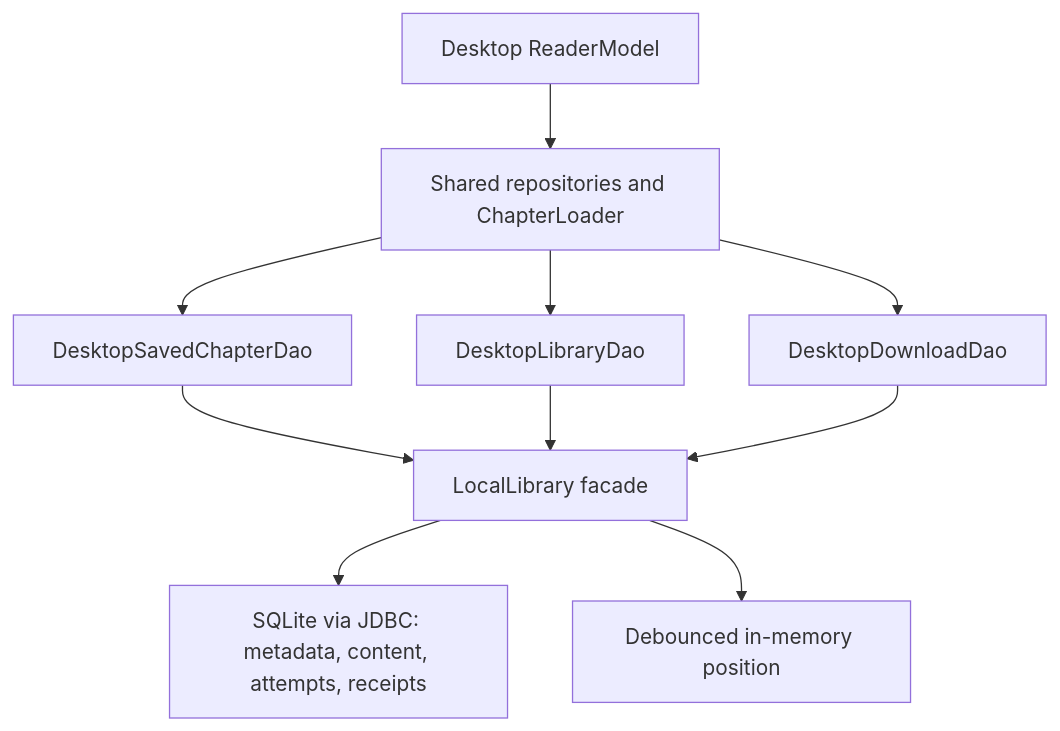
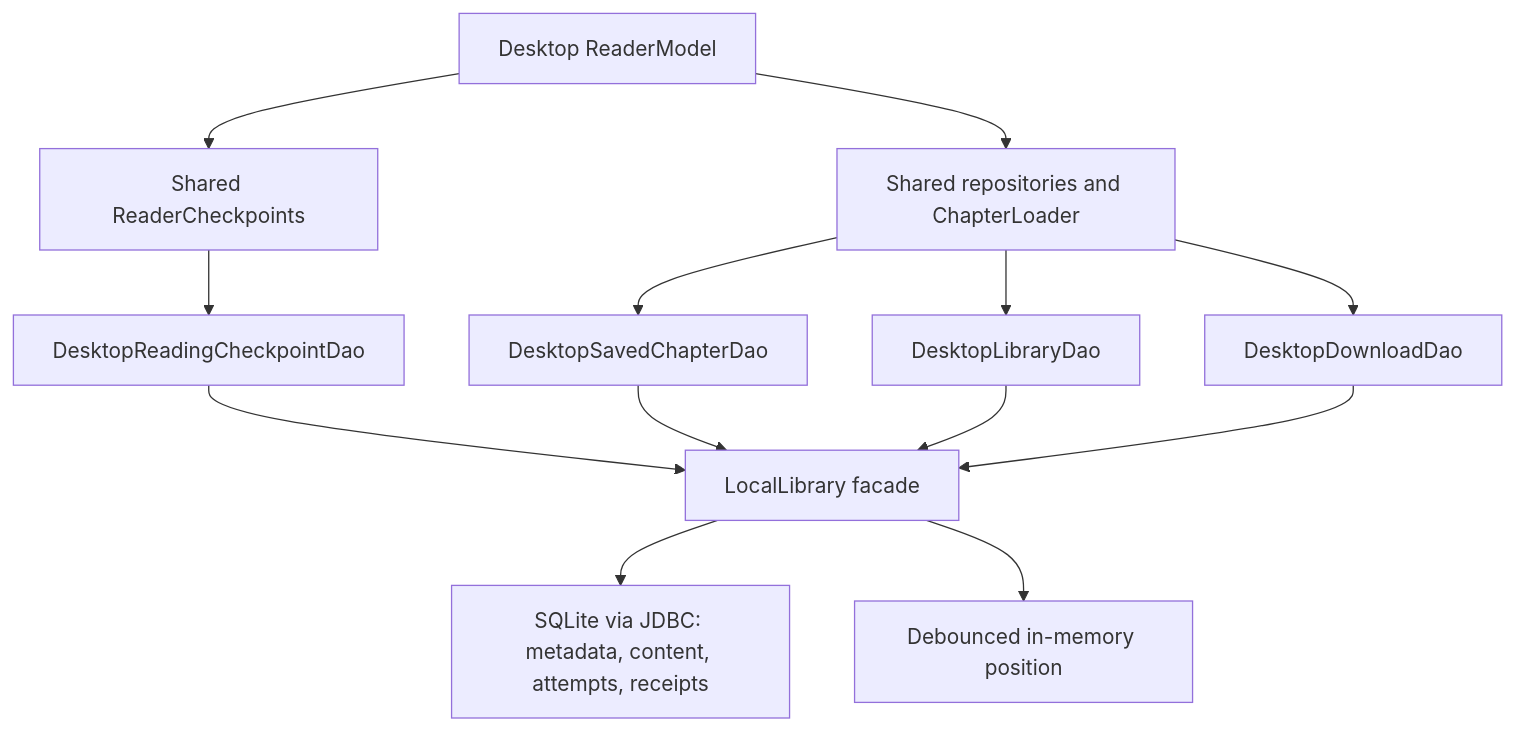
One commit to Operation-Grimoire/grimoire changed the diagram in docs/desktop-storage.md. Above: the diagram before and after it, drawn with Mermaid. The commit also changed other lines of this file and 44 other files, not shown here.

First line of the commit message:
feat(reader): adopt guarded checkpoint capture and restore (#431)

````diff
--- a/docs/desktop-storage.md
+++ b/docs/desktop-storage.md
@@ -25,12 +25,15 @@
 ```mermaid
 flowchart TB
     Reader[Desktop ReaderModel] --> Shared[Shared repositories and ChapterLoader]
     Shared --> Saved[DesktopSavedChapterDao]
     Shared --> Membership[DesktopLibraryDao]
     Shared --> Download[DesktopDownloadDao]
+    Reader --> Checkpoints[Shared ReaderCheckpoints]
+    Checkpoints --> CheckpointDAO[DesktopReadingCheckpointDao]
+    CheckpointDAO --> Local
     Saved --> Local[LocalLibrary facade]
     Membership --> Local
     Download --> Local
     Local --> DB[SQLite via JDBC: metadata, content, attempts, receipts]
     Local --> Position[Debounced in-memory position]
 ```
````
